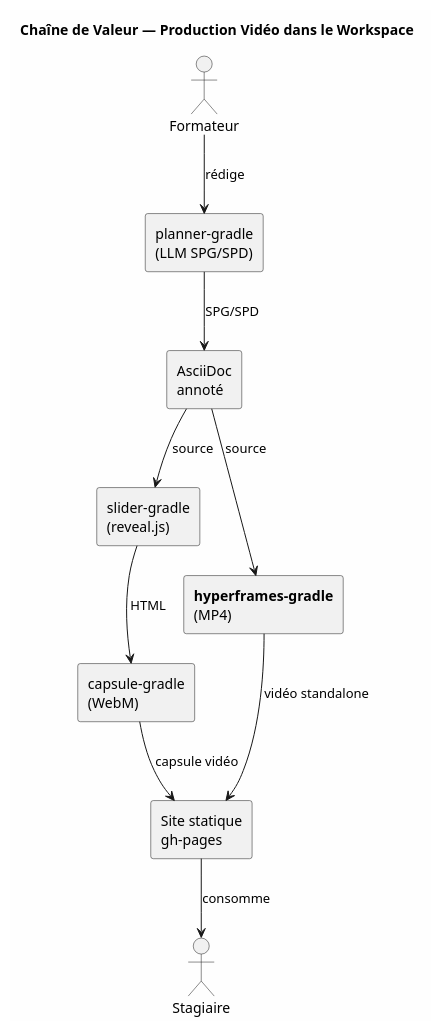
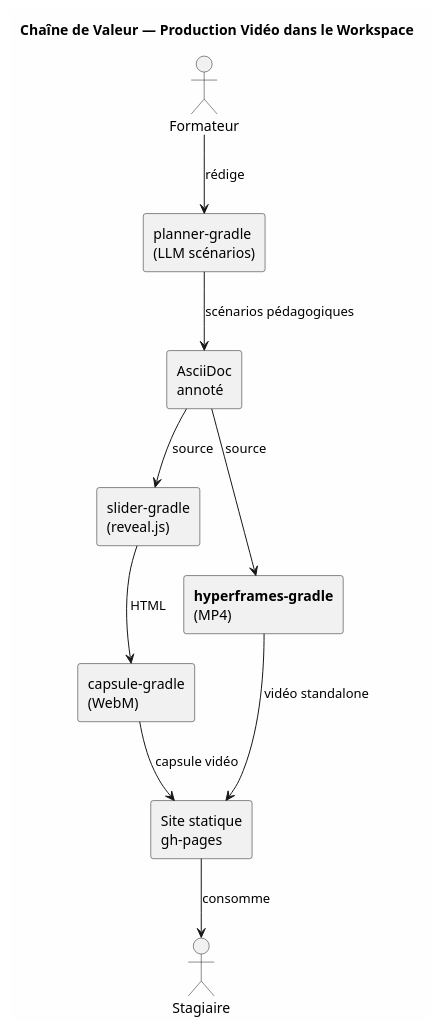
Before and after one commit to cccp-education/hyperframes-gradle: the third of 3 diagrams in hyperframes-plugin/doc/PILOTAGE_HYPERFRAMES.adoc, drawn with PlantUML. The commit also changed other lines of this file and 3 other files, not shown here.

Commit message:
rename: RENAME-12 docs courantes FPA/AFNOR/REAC/SPG-SPD -> generiques (S-254)

```diff
--- a/hyperframes-plugin/doc/PILOTAGE_HYPERFRAMES.adoc
+++ b/hyperframes-plugin/doc/PILOTAGE_HYPERFRAMES.adoc
@@ -701,26 +701,26 @@
 [plantuml,target="chaine-valeur",format="svg"]
 ----
 @startuml
 skinparam backgroundColor #FEFEFE
 title Chaîne de Valeur — Production Vidéo dans le Workspace
 
 actor "Formateur" as formateur
 actor "Stagiaire" as stagiaire
 
-rectangle "planner-gradle\n(LLM SPG/SPD)" as planner
+rectangle "planner-gradle\n(LLM scénarios)" as planner
 rectangle "AsciiDoc\nannoté" as adoc
 rectangle "slider-gradle\n(reveal.js)" as slider
 rectangle "capsule-gradle\n(WebM)" as capsule
 rectangle "**hyperframes-gradle**\n(MP4)" as hf
 rectangle "Site statique\ngh-pages" as site
 
 formateur --> planner : rédige
-planner --> adoc : SPG/SPD
+planner --> adoc : scénarios pédagogiques
 adoc --> slider : source
 adoc --> hf : source
 slider --> capsule : HTML
 capsule --> site : capsule vidéo
 hf --> site : vidéo standalone
 site --> stagiaire : consomme
 @enduml
 ----
```
